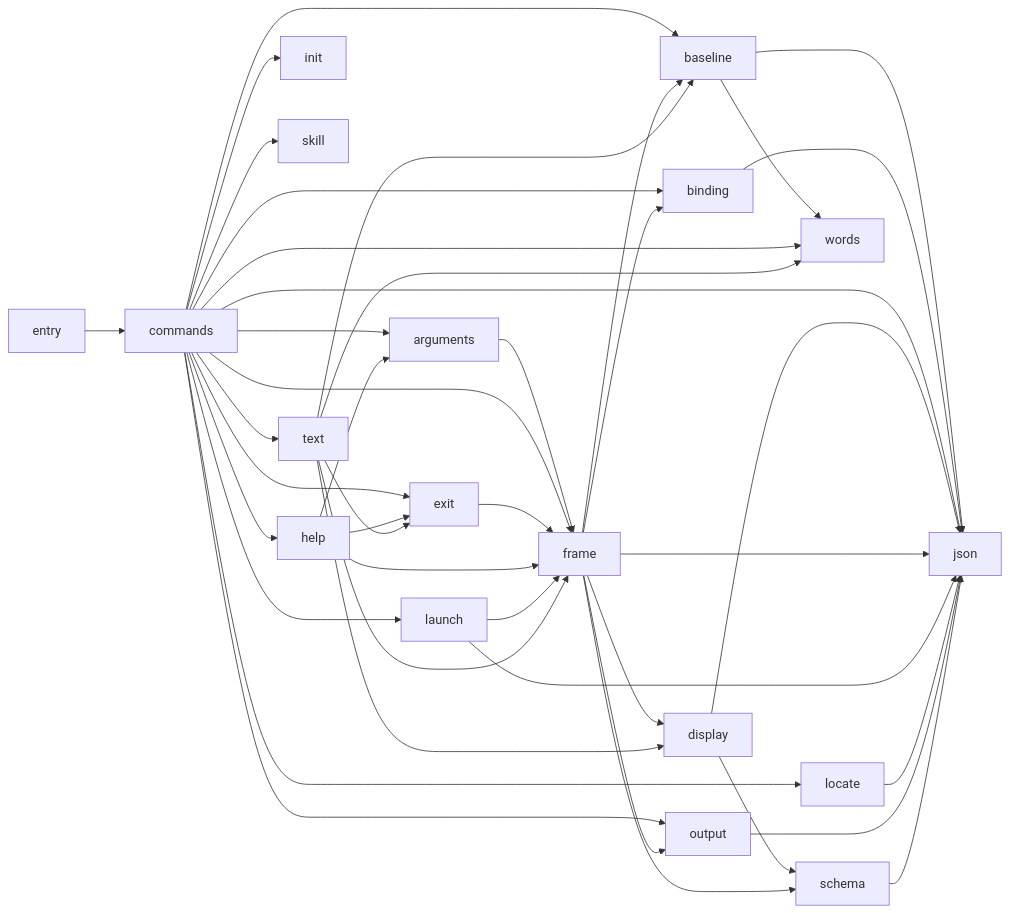
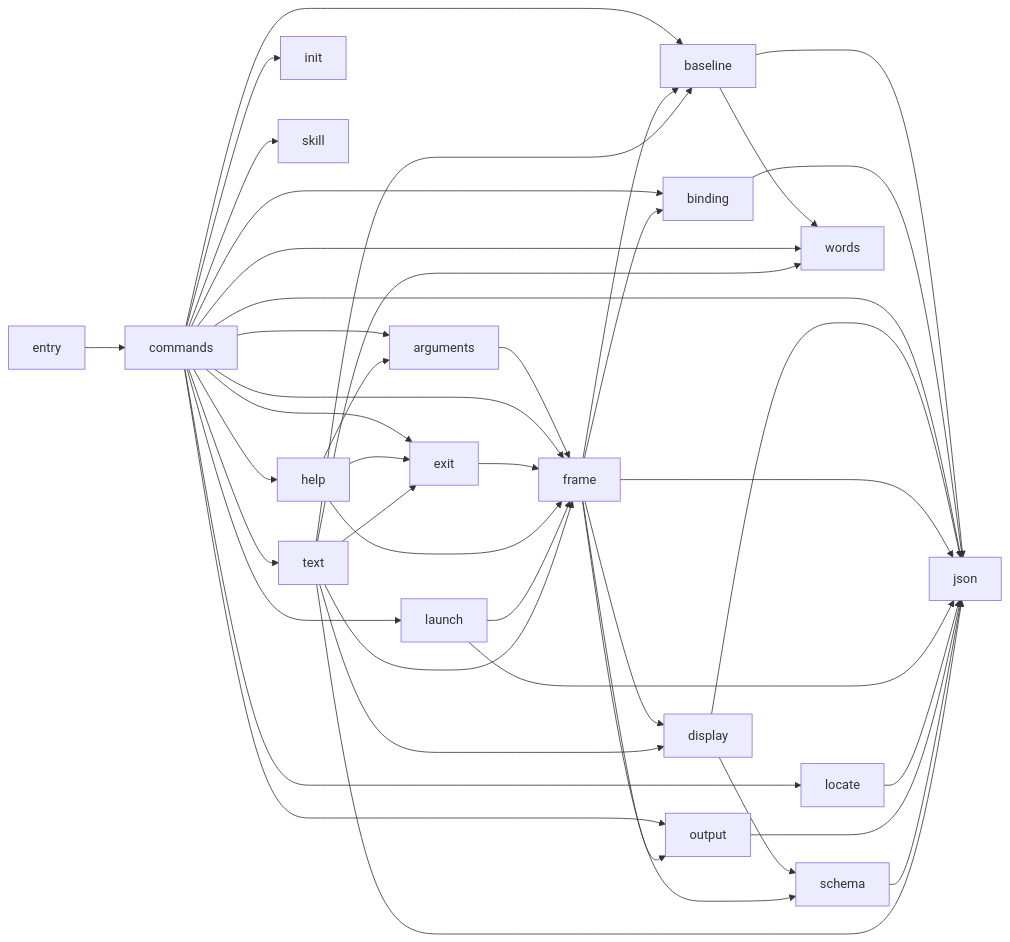
The diagram in docs/architecture/shell.md (rapiddweller/archkeel), drawn with Mermaid before and after one commit. The commit also changed 7 other files, not shown here.

````diff
--- a/docs/architecture/shell.md
+++ b/docs/architecture/shell.md
@@ -54,62 +54,63 @@
 ```mermaid
 flowchart LR
     n_0["arguments"]
     n_1["baseline"]
     n_2["binding"]
     n_3["commands"]
     n_4["display"]
     n_5["entry"]
     n_6["exit"]
     n_7["frame"]
     n_8["help"]
     n_9["init"]
     n_10["json"]
     n_11["launch"]
     n_12["locate"]
     n_13["output"]
     n_14["schema"]
     n_15["skill"]
     n_16["text"]
     n_17["words"]
     n_0 --> n_7
     n_1 --> n_10
     n_1 --> n_17
     n_2 --> n_10
     n_3 --> n_0
     n_3 --> n_1
     n_3 --> n_2
     n_3 --> n_6
     n_3 --> n_7
     n_3 --> n_8
     n_3 --> n_9
     n_3 --> n_10
     n_3 --> n_11
     n_3 --> n_12
     n_3 --> n_13
     n_3 --> n_15
     n_3 --> n_16
     n_3 --> n_17
     n_4 --> n_10
     n_4 --> n_14
     n_5 --> n_3
     n_6 --> n_7
     n_7 --> n_1
     n_7 --> n_2
     n_7 --> n_4
     n_7 --> n_10
     n_7 --> n_13
     n_7 --> n_14
     n_8 --> n_0
     n_8 --> n_6
     n_8 --> n_7
     n_11 --> n_7
     n_11 --> n_10
     n_12 --> n_10
     n_13 --> n_10
     n_14 --> n_10
     n_16 --> n_1
     n_16 --> n_4
     n_16 --> n_6
     n_16 --> n_7
+    n_16 --> n_10
     n_16 --> n_17
 ```
````
